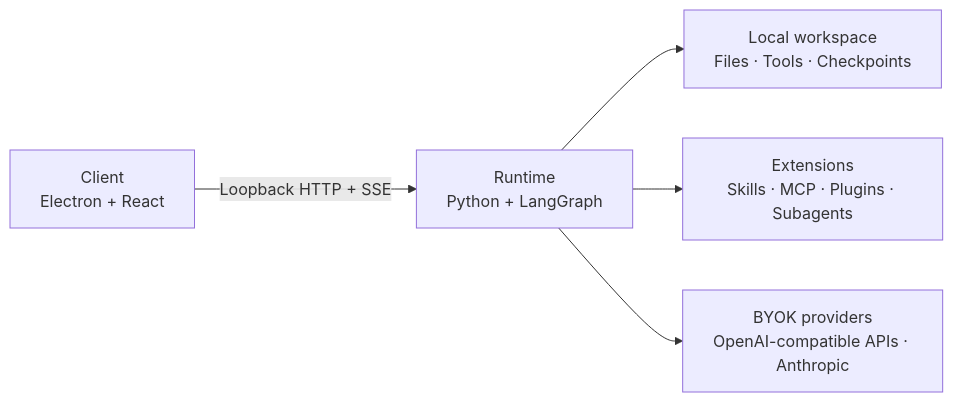
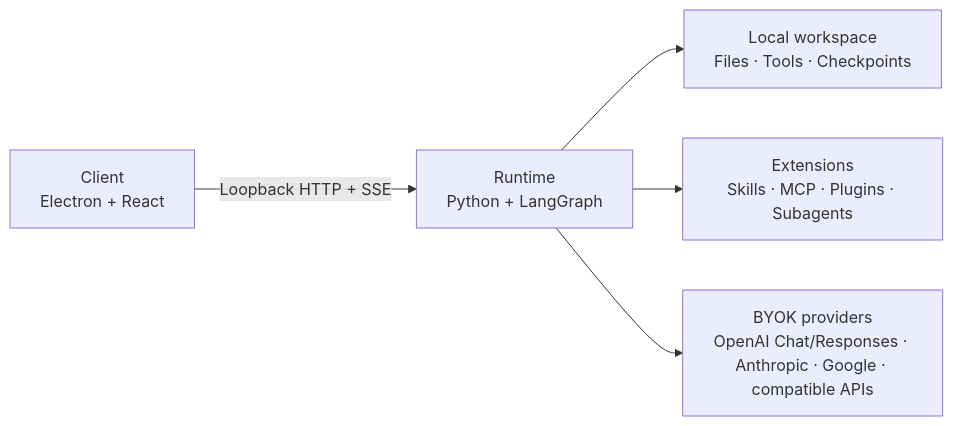
The diagram in README.md (jimmyrogue/Jiandanly), drawn with Mermaid before and after one commit. The commit also changed 23 other files, not shown here.

````diff
--- a/README.md
+++ b/README.md
@@ -25,7 +25,7 @@
 ```mermaid
 flowchart LR
     C["Client<br/>Electron + React"] -->|"Loopback HTTP + SSE"| R["Runtime<br/>Python + LangGraph"]
     R --> W["Local workspace<br/>Files · Tools · Checkpoints"]
     R --> E["Extensions<br/>Skills · MCP · Plugins · Subagents"]
-    R --> B["BYOK providers<br/>OpenAI-compatible APIs · Anthropic"]
+    R --> B["BYOK providers<br/>OpenAI Chat/Responses · Anthropic · Google · compatible APIs"]
 ```
````
